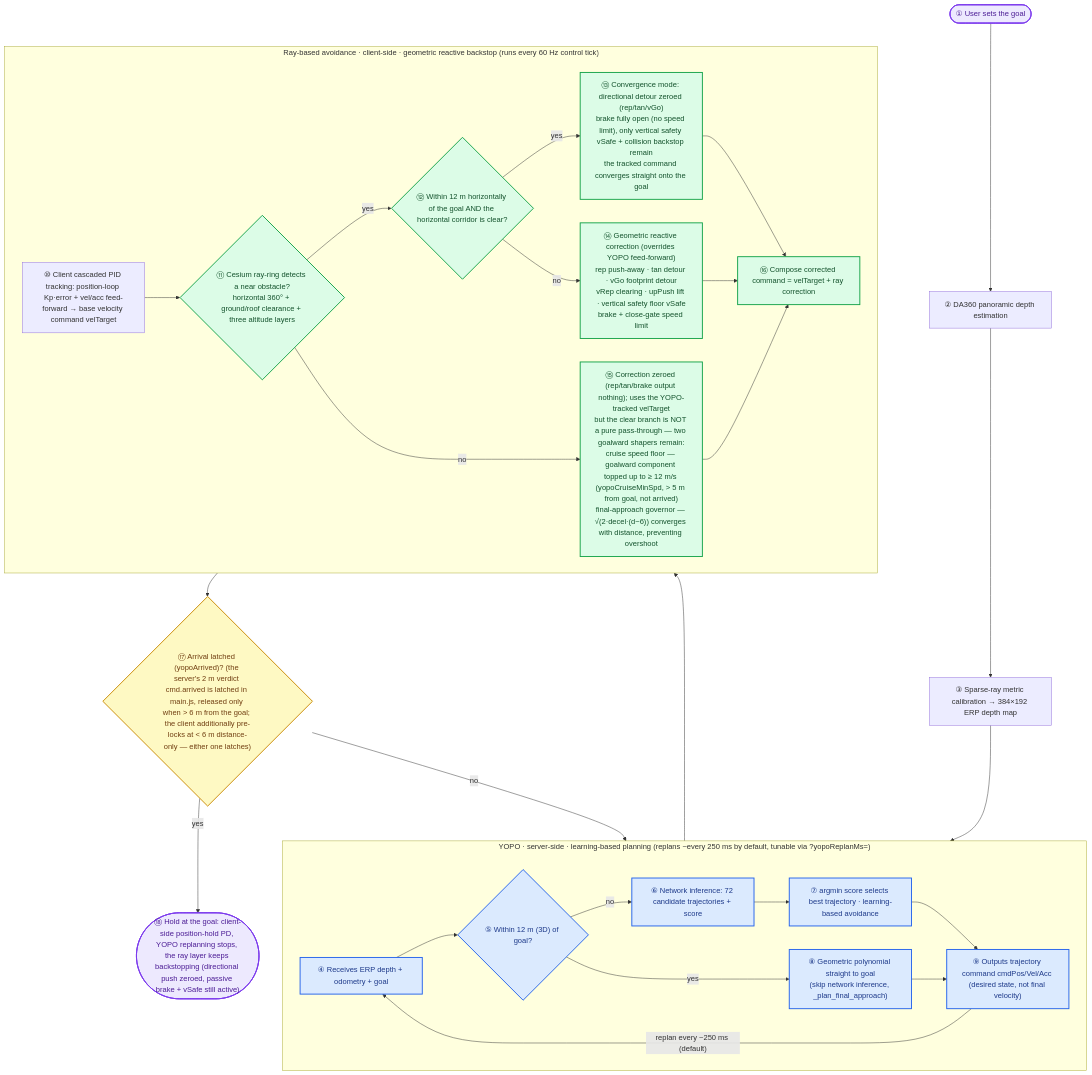
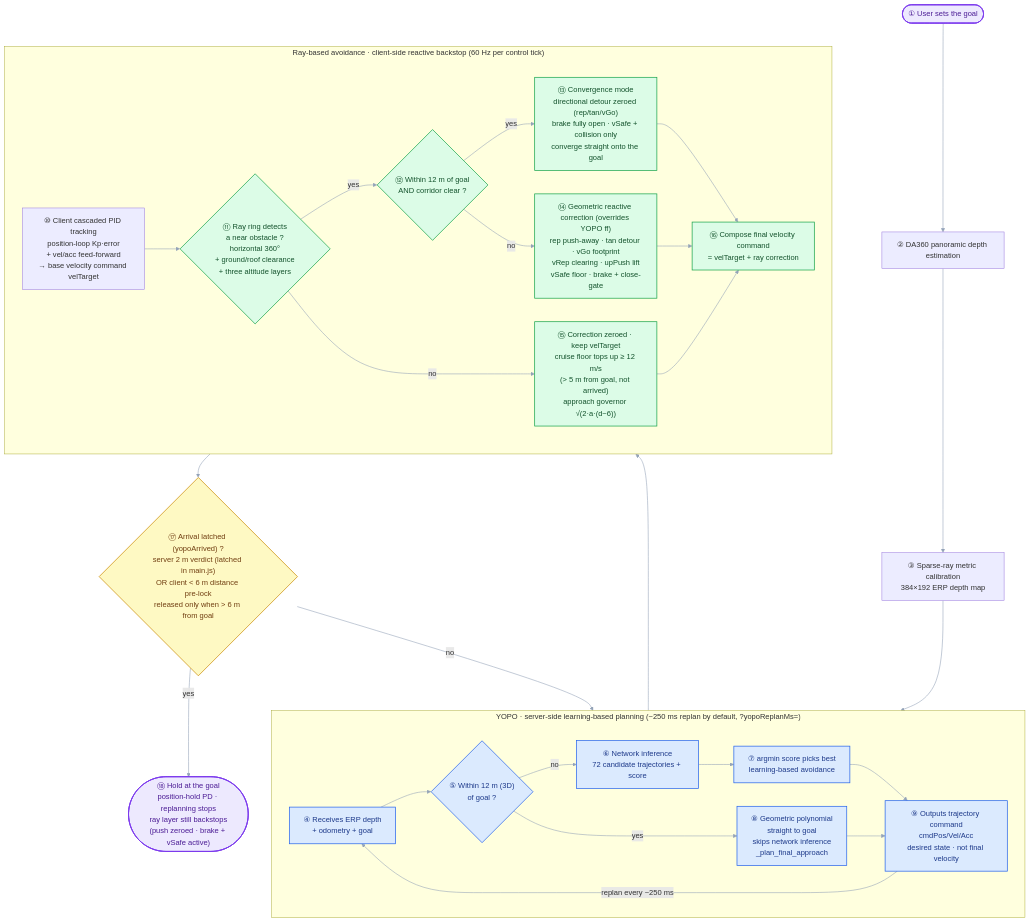
Before and after one commit to wuuwuu26/MindCloud_World_Fly_Private: the diagram in README_EN.md, drawn with Mermaid. The commit also changed 1 other file, not shown here.

Commit message:
docs: 流程图美化——长文本分行防溢出，精简标签，柔化连线

````diff
--- a/README_EN.md
+++ b/README_EN.md
@@ -90,45 +90,45 @@
 ```mermaid
 flowchart TD
-    classDef yopo fill:#dbeafe,stroke:#2563eb,stroke-width:2px,color:#1e3a8a;
-    classDef ray fill:#dcfce7,stroke:#16a34a,stroke-width:2px,color:#14532d;
-    classDef dec fill:#fef9c3,stroke:#ca8a04,stroke-width:2px,color:#713f12;
+    classDef yopo fill:#dbeafe,stroke:#2563eb,stroke-width:1.5px,color:#1e3a8a;
+    classDef ray fill:#dcfce7,stroke:#16a34a,stroke-width:1.5px,color:#14532d;
+    classDef dec fill:#fef9c3,stroke:#ca8a04,stroke-width:1.5px,color:#713f12;
     classDef term fill:#ede9fe,stroke:#7c3aed,stroke-width:2px,color:#4c1d95;
+    linkStyle default stroke:#94a3b8,stroke-width:1.2px;
 
     Start([① User sets the goal]) --> Depth[② DA360 panoramic depth estimation]
-    Depth --> Calib[③ Sparse-ray metric calibration → 384×192 ERP depth map]
+    Depth --> Calib[③ Sparse-ray metric calibration<br/>384×192 ERP depth map]
     Calib --> YIN
 
-    subgraph YOPO["YOPO · server-side · learning-based planning (replans ~every 250 ms by default, tunable via ?yopoReplanMs=)"]
+    subgraph YOPO["YOPO · server-side learning-based planning (~250 ms replan by default, ?yopoReplanMs=)"]
         direction LR
-        YIN[④ Receives ERP depth + odometry + goal]
-        YIN --> Dist{"⑤ Within 12 m (3D) of goal?"}
-        Dist -->|no| Cands[⑥ Network inference: 72 candidate trajectories + score]
-        Cands --> Argmin[⑦ argmin score selects best trajectory · learning-based avoidance]
-        Dist -->|yes| Poly["⑧ Geometric polynomial straight to goal<br/>(skip network inference, _plan_final_approach)"]
-        Argmin --> Cmd["⑨ Outputs trajectory command cmdPos/Vel/Acc (desired state, not final velocity)"]
+        YIN[④ Receives ERP depth<br/>+ odometry + goal] --> Dist{"⑤ Within 12 m (3D)<br/>of goal ?"}
+        Dist -->|no| Cands[⑥ Network inference<br/>72 candidate trajectories + score]
+        Cands --> Argmin[⑦ argmin score picks best<br/>learning-based avoidance]
+        Dist -->|yes| Poly["⑧ Geometric polynomial<br/>straight to goal<br/>skips network inference<br/>_plan_final_approach"]
+        Argmin --> Cmd["⑨ Outputs trajectory command<br/>cmdPos/Vel/Acc<br/>desired state · not final velocity"]
         Poly --> Cmd
-        Cmd -->|"replan every ~250 ms (default)"| YIN
+        Cmd -->|"replan every ~250 ms"| YIN
     end
     class YIN,Dist,Cands,Argmin,Poly,Cmd yopo;
 
-    Cmd --> Track["⑩ Client cascaded PID tracking: position-loop Kp·error + vel/acc feed-forward → base velocity command velTarget"]
+    Cmd --> Track["⑩ Client cascaded PID tracking<br/>position-loop Kp·error<br/>+ vel/acc feed-forward<br/>→ base velocity command velTarget"]
 
-    subgraph RAY["Ray-based avoidance · client-side · geometric reactive backstop (runs every 60 Hz control tick)"]
+    subgraph RAY["Ray-based avoidance · client-side reactive backstop (60 Hz per control tick)"]
         direction LR
-        Track --> Probe{"⑪ Cesium ray-ring detects a near obstacle?<br/>horizontal 360° + ground/roof clearance + three altitude layers"}
-        Probe -->|yes| Near{⑫ Within 12 m horizontally of the goal AND the horizontal corridor is clear?}
-        Near -->|yes| Converge["⑬ Convergence mode: directional detour zeroed (rep/tan/vGo)<br/>brake fully open (no speed limit), only vertical safety vSafe + collision backstop remain<br/>the tracked command converges straight onto the goal"]
-        Near -->|no| Field["⑭ Geometric reactive correction (overrides YOPO feed-forward)<br/>rep push-away · tan detour · vGo footprint detour<br/>vRep clearing · upPush lift · vertical safety floor vSafe<br/>brake + close-gate speed limit"]
-        Probe -->|no| Zero["⑮ Correction zeroed (rep/tan/brake output nothing); uses the YOPO-tracked velTarget<br/>but the clear branch is NOT a pure pass-through — two goalward shapers remain:<br/>cruise speed floor — goalward component topped up to ≥ 12 m/s (yopoCruiseMinSpd, > 5 m from goal, not arrived)<br/>final-approach governor — √(2·decel·(d−6)) converges with distance, preventing overshoot"]
-        Converge --> Synth[⑯ Compose corrected command = velTarget + ray correction]
+        Track --> Probe{"⑪ Ray ring detects<br/>a near obstacle ?<br/>horizontal 360°<br/>+ ground/roof clearance<br/>+ three altitude layers"}
+        Probe -->|yes| Near{"⑫ Within 12 m of goal<br/>AND corridor clear ?"}
+        Probe -->|no| Zero["⑮ Correction zeroed · keep velTarget<br/>cruise floor tops up ≥ 12 m/s<br/>(> 5 m from goal, not arrived)<br/>approach governor √(2·a·(d−6))"]
+        Near -->|yes| Converge["⑬ Convergence mode<br/>directional detour zeroed (rep/tan/vGo)<br/>brake fully open · vSafe + collision only<br/>converge straight onto the goal"]
+        Near -->|no| Field["⑭ Geometric reactive correction (overrides YOPO ff)<br/>rep push-away · tan detour · vGo footprint<br/>vRep clearing · upPush lift<br/>vSafe floor · brake + close-gate"]
+        Converge --> Synth["⑯ Compose final velocity command<br/>= velTarget + ray correction"]
         Field --> Synth
         Zero --> Synth
     end
     class Probe,Near,Converge,Field,Zero,Synth ray;
 
-    Synth --> Arrive{"⑰ Arrival latched (yopoArrived)? (the server's 2 m verdict cmd.arrived is latched in main.js, released only when > 6 m from the goal; the client additionally pre-locks at < 6 m distance-only — either one latches)"}
+    Synth --> Arrive{"⑰ Arrival latched (yopoArrived) ?<br/>server 2 m verdict (latched in main.js)<br/>OR client < 6 m distance pre-lock<br/>released only when > 6 m from goal"}
     Arrive -->|no| YIN
-    Arrive -->|yes| End(["⑱ Hold at the goal: client-side position-hold PD, YOPO replanning stops, the ray layer keeps backstopping (directional push zeroed, passive brake + vSafe still active)"])
+    Arrive -->|yes| End(["⑱ Hold at the goal<br/>position-hold PD · replanning stops<br/>ray layer still backstops<br/>(push zeroed · brake + vSafe active)"])
     class Arrive dec;
     class Start,End term;
 ```
````
